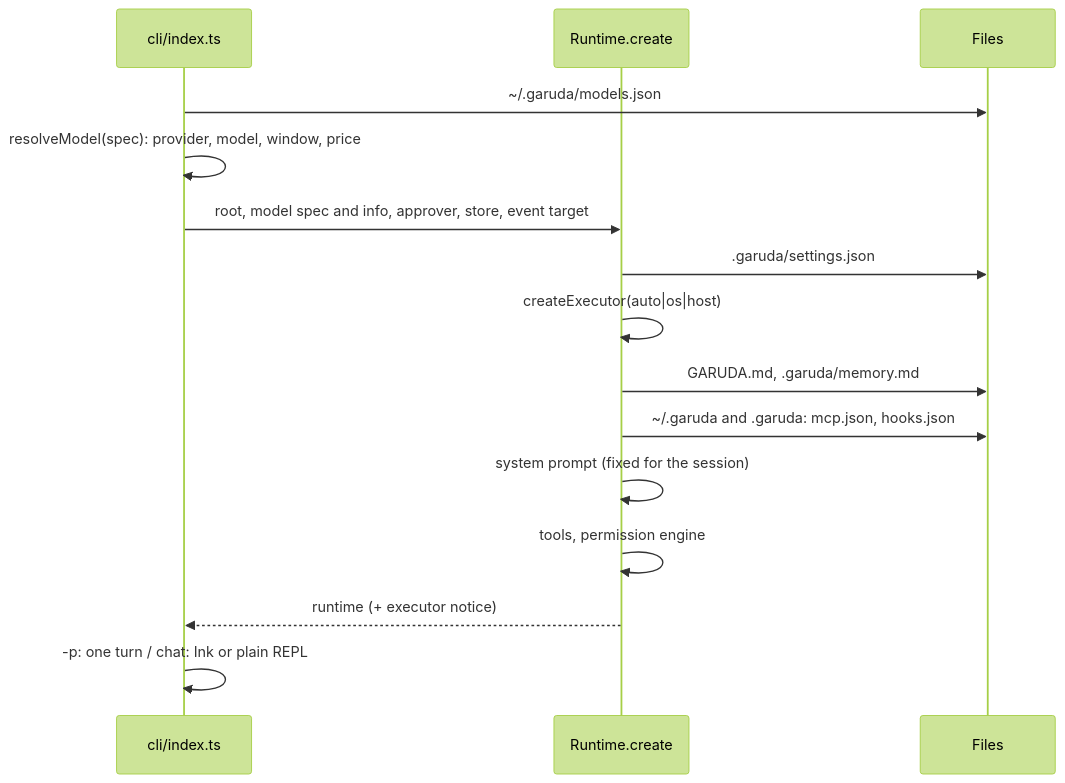
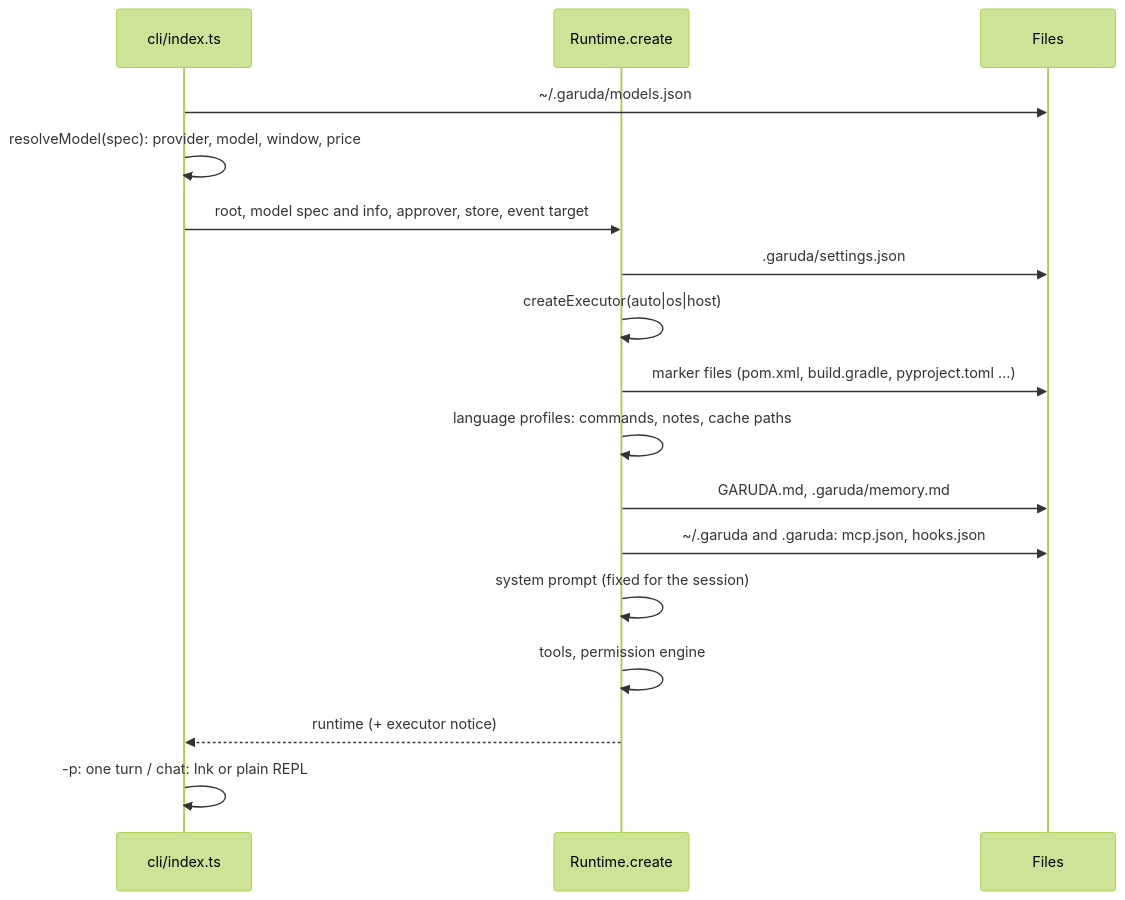
Before and after one commit to madhu-sv/garuda: the first of 5 diagrams in docs/hld.md, drawn with Mermaid (forest theme). The commit also changed other lines of this file and 29 other files, not shown here.

````diff
--- a/docs/hld.md
+++ b/docs/hld.md
@@ -19,17 +20,19 @@
 ```mermaid
 sequenceDiagram
   participant CLI as cli/index.ts
   participant RT as Runtime.create
   participant FS as Files
   CLI->>FS: ~/.garuda/models.json
   CLI->>CLI: resolveModel(spec): provider, model, window, price
   CLI->>RT: root, model spec and info, approver, store, event target
   RT->>FS: .garuda/settings.json
   RT->>RT: createExecutor(auto|os|host)
+  RT->>FS: marker files (pom.xml, build.gradle, pyproject.toml …)
+  RT->>RT: language profiles: commands, notes, cache paths
   RT->>FS: GARUDA.md, .garuda/memory.md
   RT->>FS: ~/.garuda and .garuda: mcp.json, hooks.json
   RT->>RT: system prompt (fixed for the session)
   RT->>RT: tools, permission engine
   RT-->>CLI: runtime (+ executor notice)
   CLI->>CLI: -p: one turn / chat: Ink or plain REPL
 ```
````
